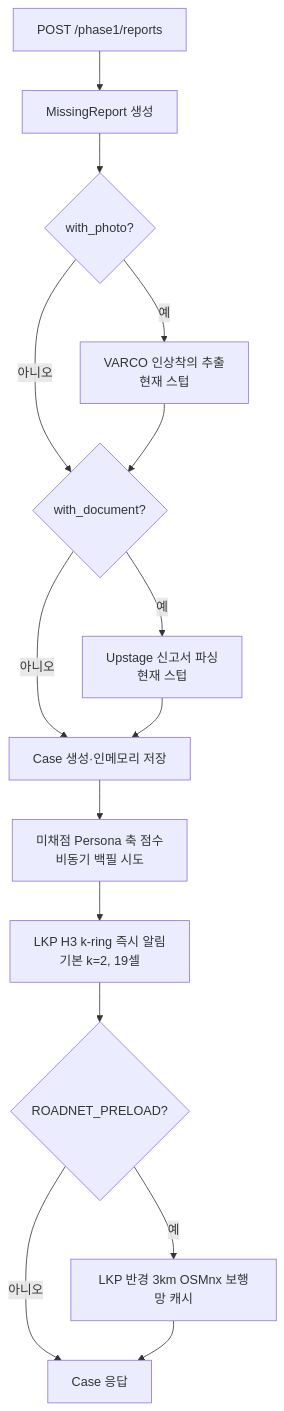
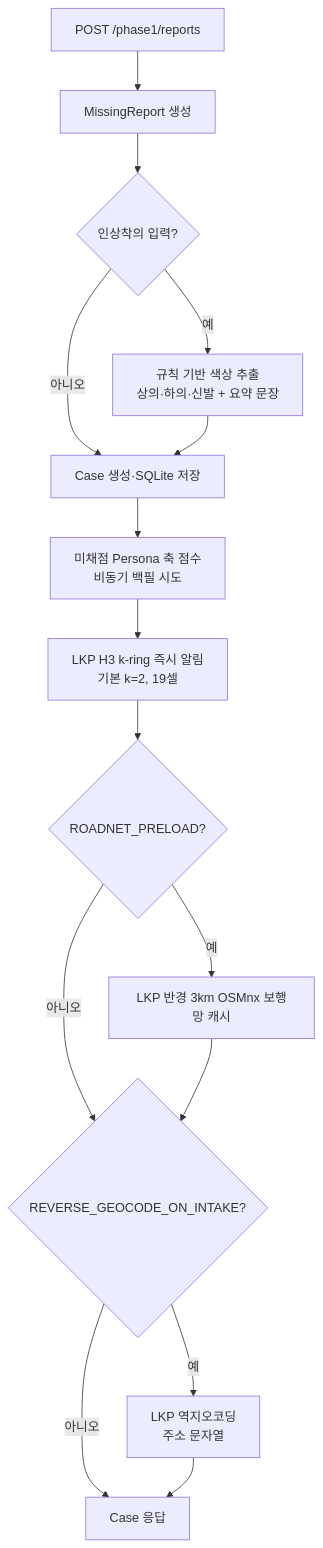
One commit to Donghaeng-AI-ROOKIE/Come-back-home changed the sixth of 12 diagrams in docs/IMPLEMENTATION_ARCHITECTURE.md. Above: the diagram before and after it, drawn with Mermaid. The commit also changed other lines of this file and 6 other files, not shown here.

````diff
--- a/docs/IMPLEMENTATION_ARCHITECTURE.md
+++ b/docs/IMPLEMENTATION_ARCHITECTURE.md
@@ -332,17 +343,17 @@
 ```mermaid
 flowchart TD
     IN["POST /phase1/reports"] --> REPORT["MissingReport 생성"]
-    REPORT --> PHOTO{"with_photo?"}
-    PHOTO -- "예" --> VARCO["VARCO 인상착의 추출<br/>현재 스텁"]
-    PHOTO -- "아니오" --> DOC
-    VARCO --> DOC{"with_document?"}
-    DOC -- "예" --> UP["Upstage 신고서 파싱<br/>현재 스텁"]
-    DOC -- "아니오" --> CASE
-    UP --> CASE["Case 생성·인메모리 저장"]
+    REPORT --> APP{"인상착의 입력?"}
+    APP -- "예" --> COLOR["규칙 기반 색상 추출<br/>상의·하의·신발 + 요약 문장"]
+    APP -- "아니오" --> CASE
+    COLOR --> CASE["Case 생성·SQLite 저장"]
     CASE --> BACKFILL["미채점 Persona 축 점수<br/>비동기 백필 시도"]
     BACKFILL --> REFLEX["LKP H3 k-ring 즉시 알림<br/>기본 k=2, 19셀"]
     REFLEX --> PRELOAD{"ROADNET_PRELOAD?"}
     PRELOAD -- "예" --> OSM["LKP 반경 3km OSMnx 보행망 캐시"]
-    PRELOAD -- "아니오" --> OUT["Case 응답"]
-    OSM --> OUT
+    PRELOAD -- "아니오" --> RGEO
+    OSM --> RGEO{"REVERSE_GEOCODE_ON_INTAKE?"}
+    RGEO -- "예" --> ADDR["LKP 역지오코딩<br/>주소 문자열"]
+    RGEO -- "아니오" --> OUT["Case 응답"]
+    ADDR --> OUT
 ```
````
